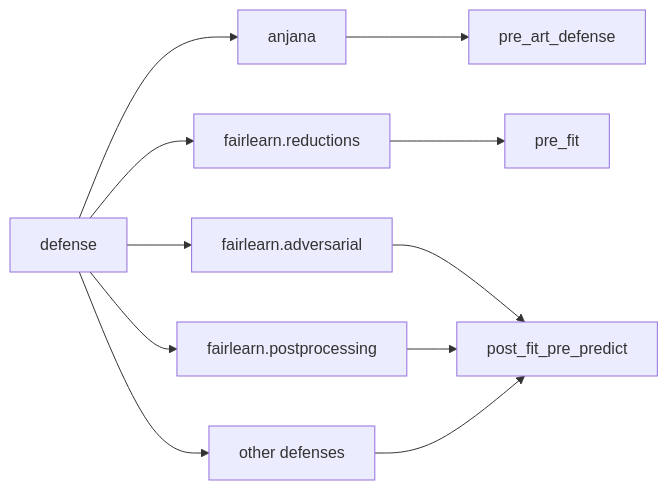
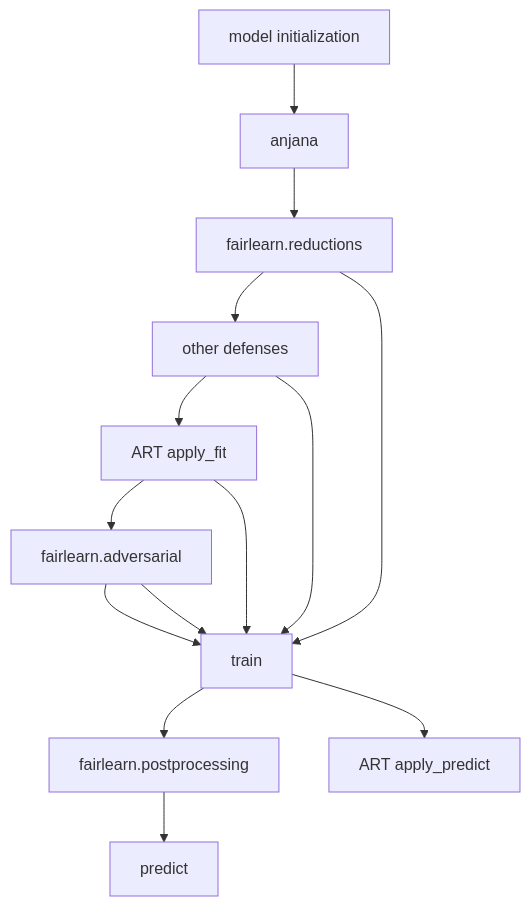
The fifth of 18 diagrams in docs/overview/flowcharts.md (simplymathematics/deckard), drawn with Mermaid before and after one commit. The commit also changed other lines of this file and 28 other files, not shown here.

````diff
--- a/docs/overview/flowcharts.md
+++ b/docs/overview/flowcharts.md
@@ -107,13 +96,16 @@
 ```mermaid
-flowchart LR
-  A[defense]:::model --> B[anjana]:::model
-  A --> C[fairlearn.reductions]:::model
-  A --> D[fairlearn.adversarial]:::model
-  A --> E[fairlearn.postprocessing]:::model
-  A --> F[other defenses]:::model
-  B --> G[pre_art_defense]:::model
-  C --> H[pre_fit]:::model
-  D --> I[post_fit_pre_predict]:::model
-  E --> I
-  F --> I
+flowchart TD
+  A[model initialization]:::model --> B[anjana]:::model
+  B --> C[fairlearn.reductions]:::model
+  C --> D[other defenses]:::model
+  D --> E[ART apply_fit]:::model
+  E --> F[fairlearn.adversarial]:::model
+  F --> G[train]:::model
+  G --> H[fairlearn.postprocessing]:::model
+  G --> I[ART apply_predict]:::model
+  H --> J[predict]:::model
+  C --> G
+  D --> G
+  E --> G
+  F --> G
 ```
````
